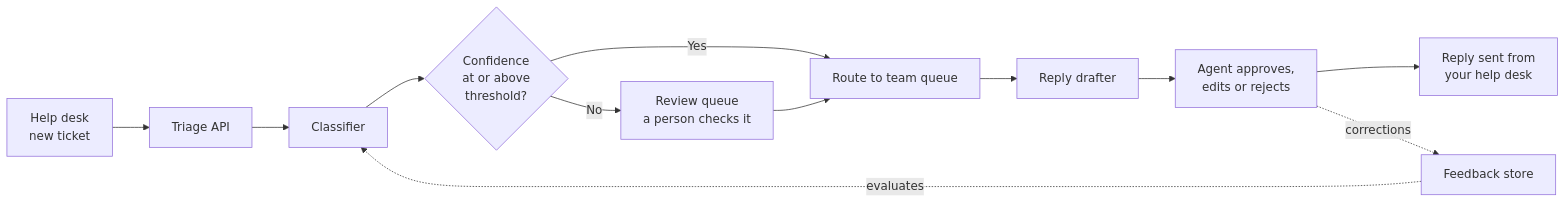
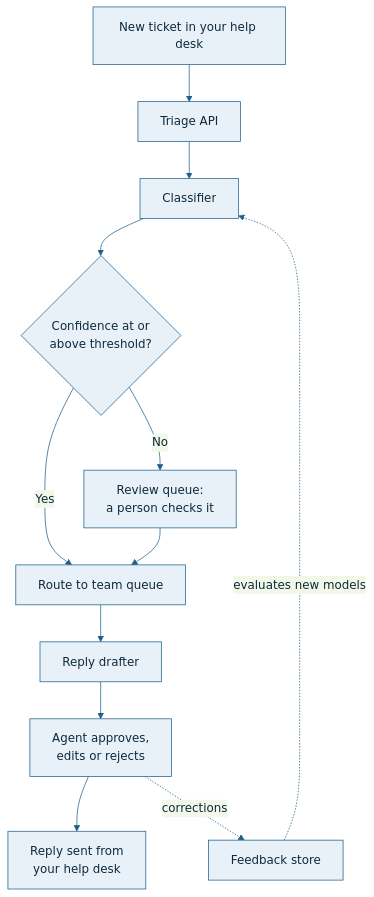
The diagram in architecture.mdx (ClicKnowledge/docs-as-code-demo), drawn with Mermaid before and after one commit. The commit also changed 5 other files, not shown here.

````diff
--- a/architecture.mdx
+++ b/architecture.mdx
@@ -10,14 +10,15 @@
 ```mermaid
-flowchart LR
-    A[Help desk<br/>new ticket] --> B[Triage API]
+%%{init: {'theme': 'base', 'themeVariables': {'primaryColor': '#E8F1F8', 'primaryBorderColor': '#1F5F8B', 'primaryTextColor': '#0F2A3D', 'lineColor': '#1F5F8B', 'fontSize': '16px'}}}%%
+flowchart TD
+    A[New ticket in your help desk] --> B[Triage API]
     B --> C[Classifier]
-    C --> D{Confidence<br/>at or above<br/>threshold?}
+    C --> D{Confidence at or<br/>above threshold?}
     D -- Yes --> E[Route to team queue]
-    D -- No --> F[Review queue<br/>a person checks it]
+    D -- No --> F[Review queue:<br/>a person checks it]
     F --> E
     E --> G[Reply drafter]
     G --> H[Agent approves,<br/>edits or rejects]
     H --> I[Reply sent from<br/>your help desk]
     H -. corrections .-> J[Feedback store]
-    J -. evaluates .-> C
+    J -. evaluates new models .-> C
 ```
````
